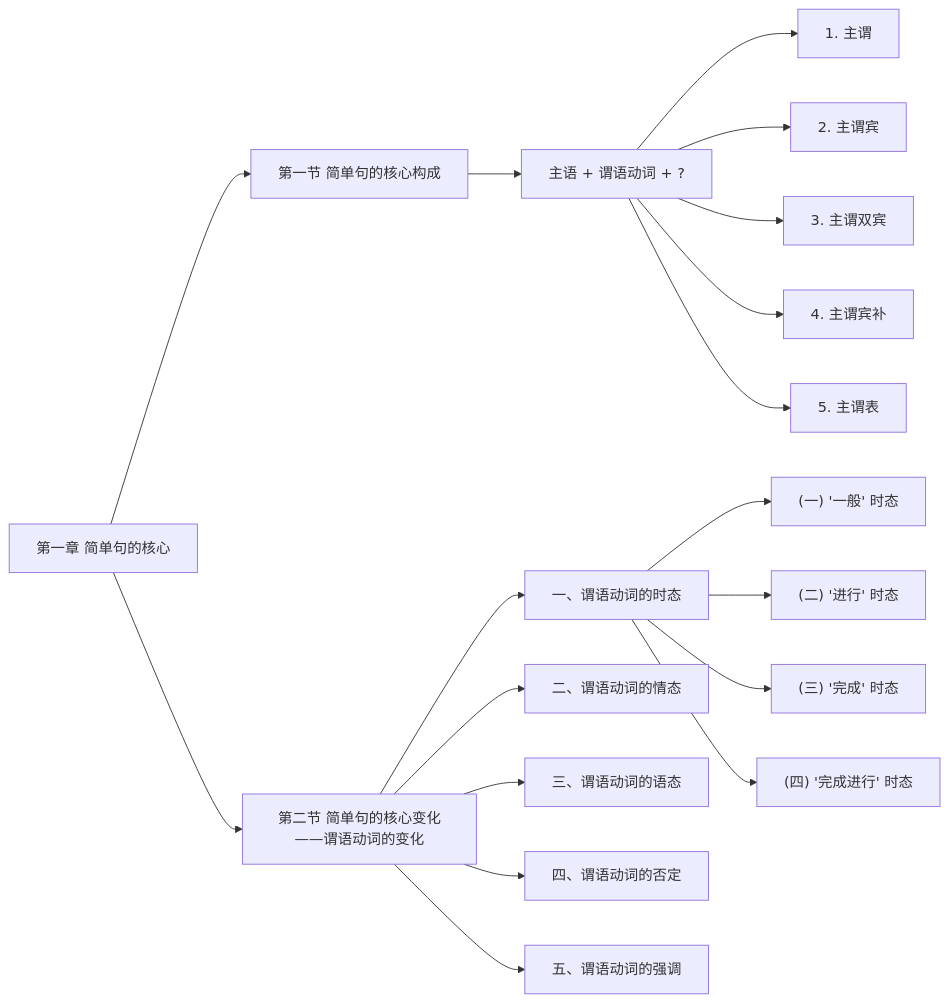
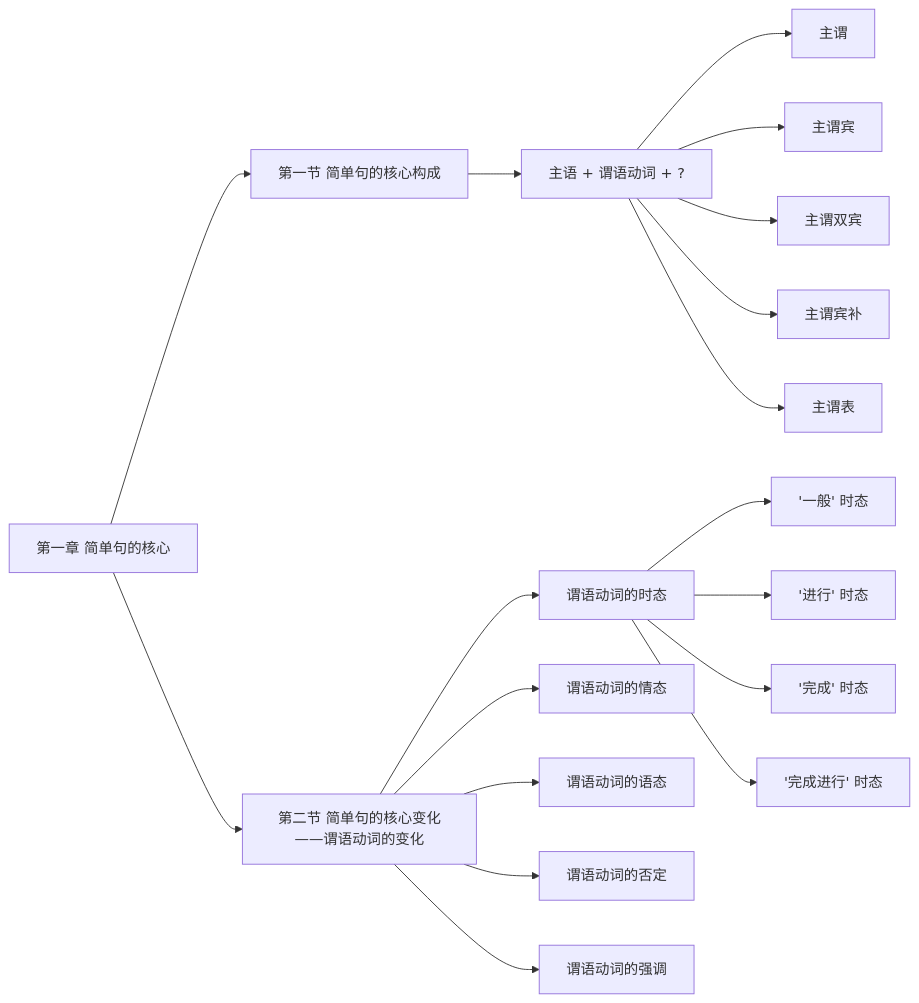
The diagram in docs/考研英语/如何表达一件事——简单句/简单句的核心/简单句的核心.md (Aiubg/aiubg.github.io), drawn with Mermaid before and after one commit. The commit also changed 3 other files, not shown here.

````diff
--- a/docs/考研英语/如何表达一件事——简单句/简单句的核心/简单句的核心.md
+++ b/docs/考研英语/如何表达一件事——简单句/简单句的核心/简单句的核心.md
@@ -3,23 +3,23 @@
 ```mermaid
 graph LR
     A["第一章 简单句的核心"] --> B["第一节 简单句的核心构成"]
     A --> C["第二节 简单句的核心变化——谓语动词的变化"]
 
     B --> D["主语 + 谓语动词 + ?"]
-    D --> E["1. 主谓"]
-    D --> F["2. 主谓宾"]
-    D --> G["3. 主谓双宾"]
-    D --> H["4. 主谓宾补"]
-    D --> I["5. 主谓表"]
+    D --> E["主谓"]
+    D --> F["主谓宾"]
+    D --> G["主谓双宾"]
+    D --> H["主谓宾补"]
+    D --> I["主谓表"]
 
-    C --> J["一、谓语动词的时态"]
-    J --> K["(一) '一般' 时态"]
-    J --> L["(二) '进行' 时态"]
-    J --> M["(三) '完成' 时态"]
-    J --> N["(四) '完成进行' 时态"]
+    C --> J["谓语动词的时态"]
+    J --> K["'一般' 时态"]
+    J --> L["'进行' 时态"]
+    J --> M["'完成' 时态"]
+    J --> N["'完成进行' 时态"]
 
-    C --> O["二、谓语动词的情态"]
-    C --> P["三、谓语动词的语态"]
-    C --> Q["四、谓语动词的否定"]
-    C --> R["五、谓语动词的强调"]
+    C --> O["谓语动词的情态"]
+    C --> P["谓语动词的语态"]
+    C --> Q["谓语动词的否定"]
+    C --> R["谓语动词的强调"]
 ```
````
